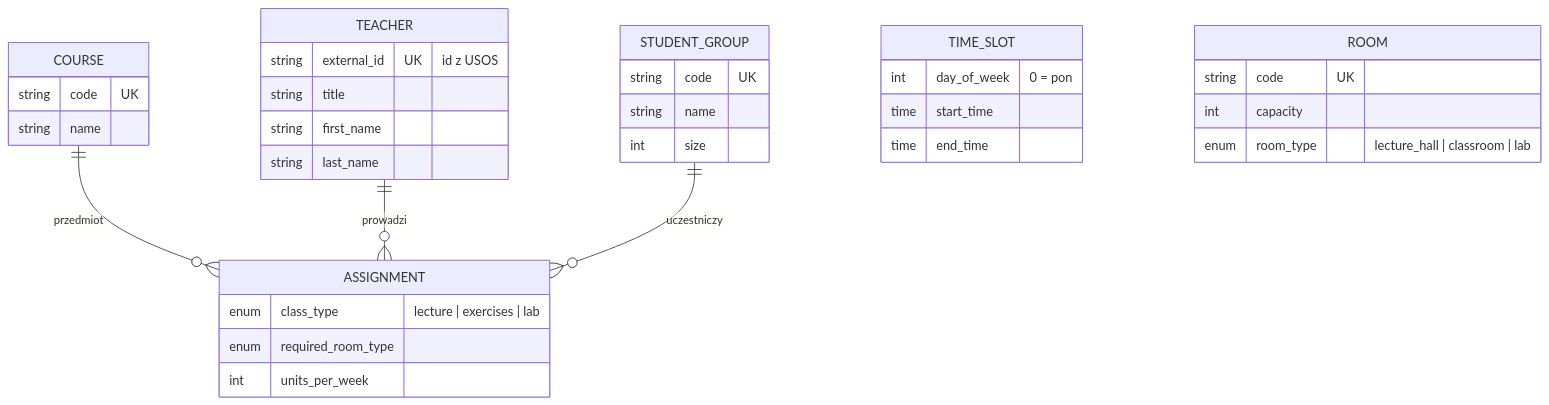
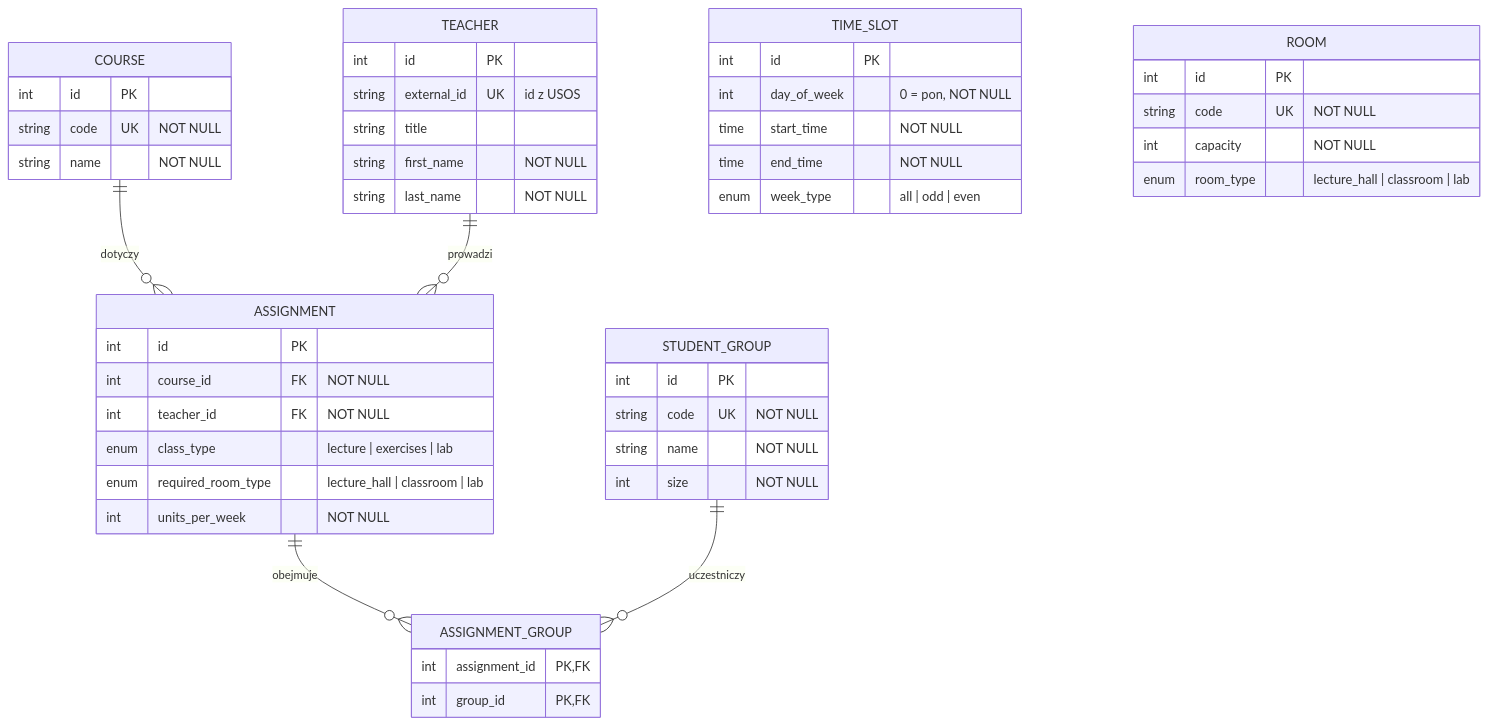
Before and after one commit to AleksyBukowski/ukladanie-planu-wmi: the second of 2 diagrams in docs/architektura.md, drawn with Mermaid. The commit also changed 4 other files, not shown here.

````diff
--- a/docs/architektura.md
+++ b/docs/architektura.md
@@ -33,37 +33,51 @@
 ```mermaid
 erDiagram
-    COURSE ||--o{ ASSIGNMENT : "przedmiot"
+    COURSE ||--o{ ASSIGNMENT : "dotyczy"
     TEACHER ||--o{ ASSIGNMENT : "prowadzi"
-    STUDENT_GROUP ||--o{ ASSIGNMENT : "uczestniczy"
+    ASSIGNMENT ||--o{ ASSIGNMENT_GROUP : "obejmuje"
+    STUDENT_GROUP ||--o{ ASSIGNMENT_GROUP : "uczestniczy"
 
     TIME_SLOT {
-        int day_of_week "0 = pon"
-        time start_time
-        time end_time
+        int id PK
+        int day_of_week "0 = pon, NOT NULL"
+        time start_time "NOT NULL"
+        time end_time "NOT NULL"
+        enum week_type "all | odd | even"
     }
     ROOM {
-        string code UK
-        int capacity
+        int id PK
+        string code UK "NOT NULL"
+        int capacity "NOT NULL"
         enum room_type "lecture_hall | classroom | lab"
     }
     STUDENT_GROUP {
-        string code UK
-        string name
-        int size
+        int id PK
+        string code UK "NOT NULL"
+        string name "NOT NULL"
+        int size "NOT NULL"
     }
     TEACHER {
+        int id PK
         string external_id UK "id z USOS"
         string title
-        string first_name
-        string last_name
+        string first_name "NOT NULL"
+        string last_name "NOT NULL"
     }
     COURSE {
-        string code UK
-        string name
+        int id PK
+        string code UK "NOT NULL"
+        string name "NOT NULL"
     }
     ASSIGNMENT {
+        int id PK
+        int course_id FK "NOT NULL"
+        int teacher_id FK "NOT NULL"
         enum class_type "lecture | exercises | lab"
-        enum required_room_type
-        int units_per_week
+        enum required_room_type "lecture_hall | classroom | lab"
+        int units_per_week "NOT NULL"
+    }
+    ASSIGNMENT_GROUP {
+        int assignment_id PK, FK
+        int group_id PK, FK
     }
 ```
````
